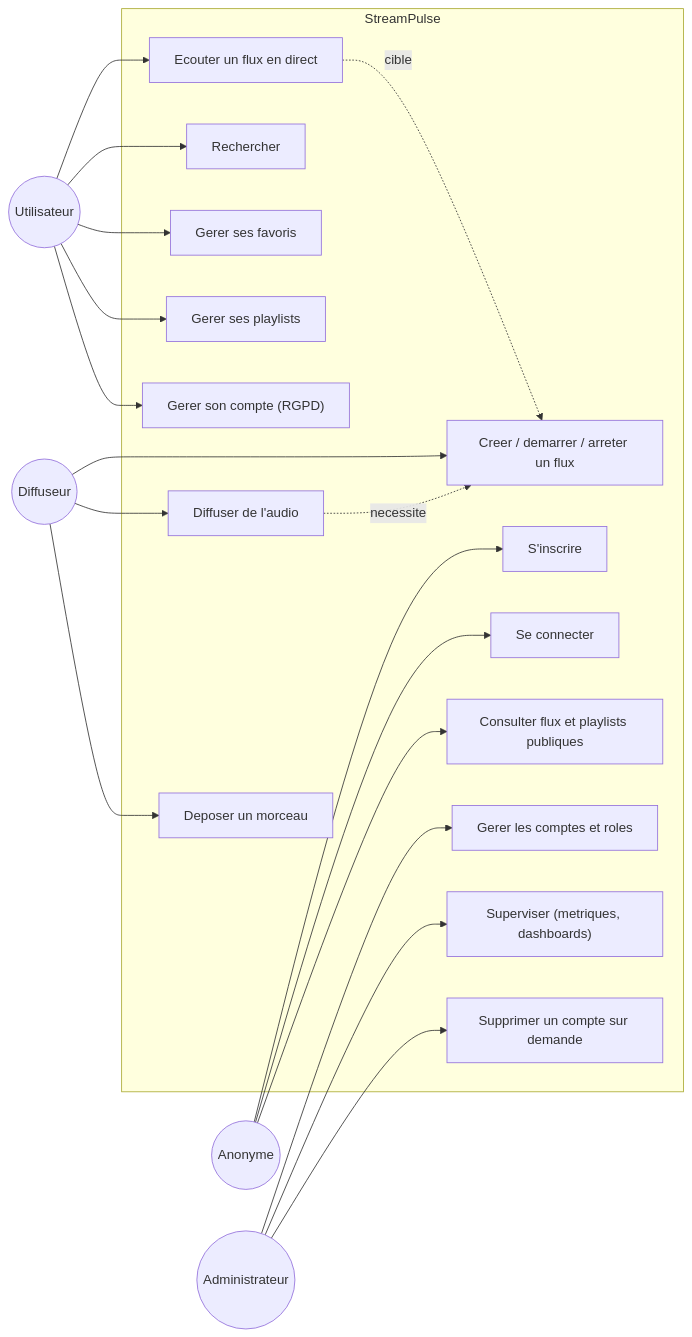
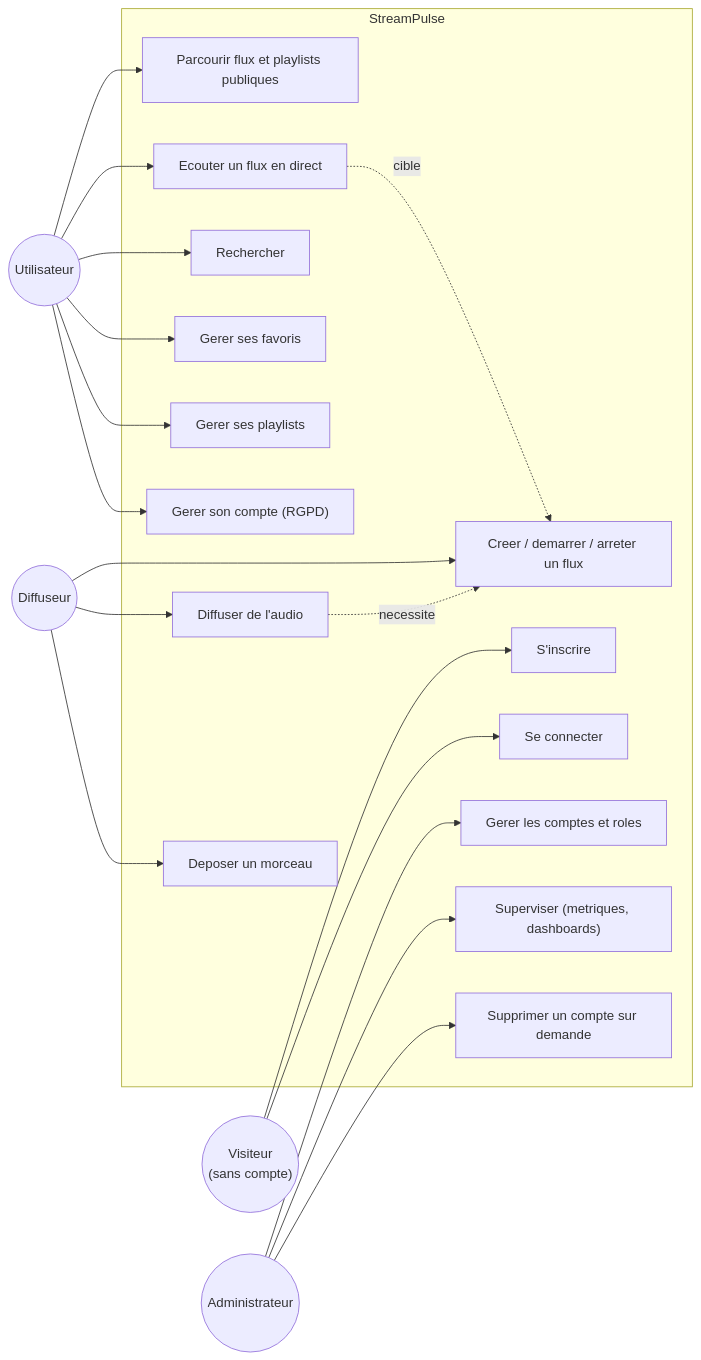
The first of 8 diagrams in docs/diagrammes.md (EkinL/streampulse), drawn with Mermaid before and after one commit. The commit also changed other lines of this file and 8 other files, not shown here.

````diff
--- a/docs/diagrammes.md
+++ b/docs/diagrammes.md
@@ -41,45 +51,45 @@
 ```mermaid
 flowchart LR
-    Anon(("Anonyme"))
+    Visitor(("Visiteur\n(sans compte)"))
     User(("Utilisateur"))
     Bcast(("Diffuseur"))
     Admin(("Administrateur"))
 
     subgraph SYS["StreamPulse"]
         UC1["S'inscrire"]
         UC2["Se connecter"]
-        UC3["Consulter flux et playlists publiques"]
+        UC3["Parcourir flux et playlists publiques"]
         UC4["Ecouter un flux en direct"]
         UC5["Rechercher"]
         UC6["Gerer ses favoris"]
         UC7["Gerer ses playlists"]
         UC8["Gerer son compte (RGPD)"]
         UC9["Creer / demarrer / arreter un flux"]
         UC10["Diffuser de l'audio"]
         UC11["Deposer un morceau"]
         UC12["Gerer les comptes et roles"]
         UC13["Superviser (metriques, dashboards)"]
         UC14["Supprimer un compte sur demande"]
     end
 
-    Anon --> UC1
-    Anon --> UC2
-    Anon --> UC3
+    Visitor --> UC1
+    Visitor --> UC2
 
+    User --> UC3
     User --> UC4
     User --> UC5
     User --> UC6
     User --> UC7
     User --> UC8
 
     Bcast --> UC9
     Bcast --> UC10
     Bcast --> UC11
 
     Admin --> UC12
     Admin --> UC13
     Admin --> UC14
 
     UC10 -. "necessite" .-> UC9
     UC4 -. "cible" .-> UC9
 ```
````
